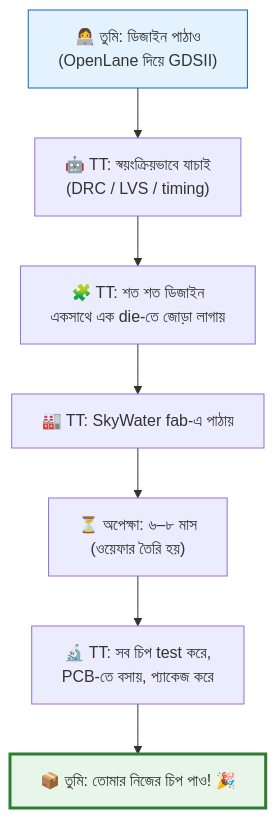
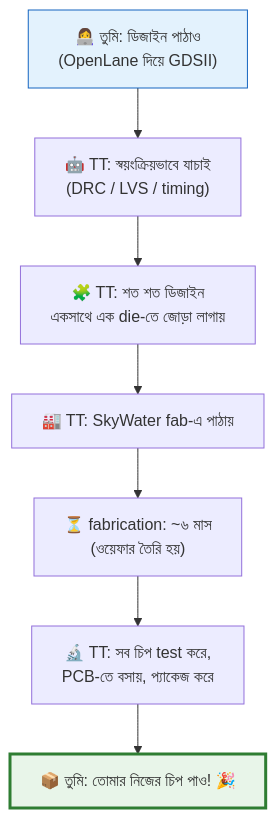
One commit to akram02/build-your-own-processor changed the first of 6 diagrams in chapters/Chapter_24_TinyTapeout.md. Above: the diagram before and after it, drawn with Mermaid. The commit also changed other lines of this file and 6 other files, not shown here.

````diff
--- a/chapters/Chapter_24_TinyTapeout.md
+++ b/chapters/Chapter_24_TinyTapeout.md
@@ -79,12 +79,12 @@
 ```mermaid
 flowchart TD
     A["👩‍💻 তুমি: ডিজাইন পাঠাও<br/>(OpenLane দিয়ে GDSII)"] --> B["🤖 TT: স্বয়ংক্রিয়ভাবে যাচাই<br/>(DRC / LVS / timing)"]
     B --> C["🧩 TT: শত শত ডিজাইন<br/>একসাথে এক die-তে জোড়া লাগায়"]
     C --> D["🏭 TT: SkyWater fab-এ পাঠায়"]
-    D --> E["⏳ অপেক্ষা: ৬–৮ মাস<br/>(ওয়েফার তৈরি হয়)"]
+    D --> E["⏳ fabrication: ~৬ মাস<br/>(ওয়েফার তৈরি হয়)"]
     E --> F["🔬 TT: সব চিপ test করে,<br/>PCB-তে বসায়, প্যাকেজ করে"]
     F --> G["📦 তুমি: তোমার নিজের চিপ পাও! 🎉"]
 
     style A fill:#e3f2fd,stroke:#1565c0
     style G fill:#e8f5e9,stroke:#2e7d32,stroke-width:3px
 ```
````
